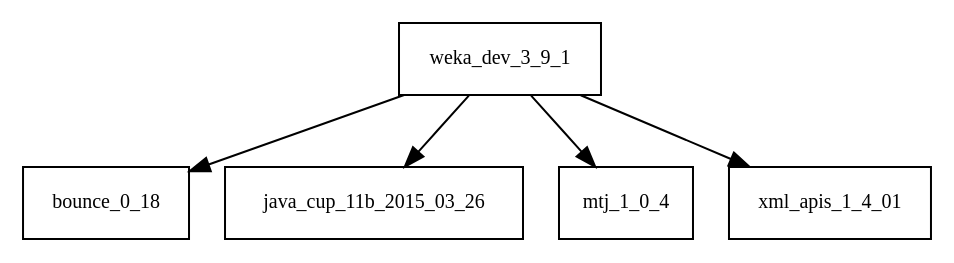
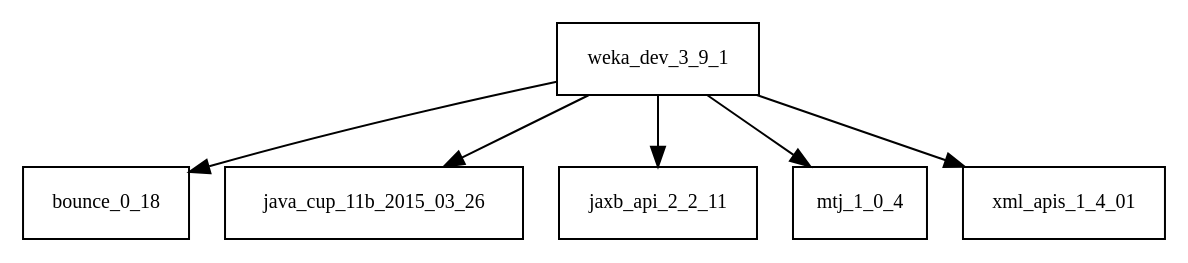
Before and after one commit to AglaianWoman/cia: the diagram in tattleTaleReport/graphviz/weka-dev-3.9.1.jar/weka-dev-3.9.1.jar.dot, drawn with Graphviz. The commit also changed 2443 other files, not shown here.

```diff
--- a/tattleTaleReport/graphviz/weka-dev-3.9.1.jar/weka-dev-3.9.1.jar.dot
+++ b/tattleTaleReport/graphviz/weka-dev-3.9.1.jar/weka-dev-3.9.1.jar.dot
@@ -1,7 +1,8 @@
 digraph weka_dev_3_9_1_dependencies {
   node [shape = box, fontsize=10.0];
   weka_dev_3_9_1 -> bounce_0_18;
   weka_dev_3_9_1 -> java_cup_11b_2015_03_26;
+  weka_dev_3_9_1 -> jaxb_api_2_2_11;
   weka_dev_3_9_1 -> mtj_1_0_4;
   weka_dev_3_9_1 -> xml_apis_1_4_01;
 }
```
